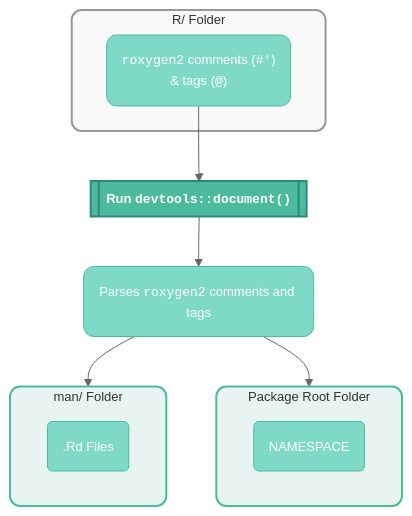
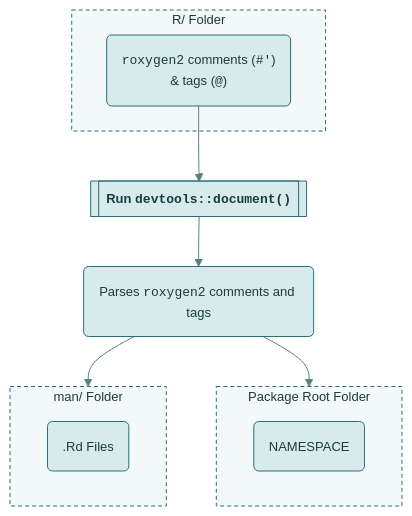
One commit to mjfrigaard/shiny-app-pkgs changed the first of 5 diagrams in document.qmd. Above: the diagram before and after it, drawn with Mermaid. The commit also changed other lines of this file and 22 other files, not shown here.

First line of the commit message:
Standardize mermaid diagrams on the site teal palette

````diff
--- a/document.qmd
+++ b/document.qmd
@@ -430,31 +430,31 @@
 ```{mermaid}
 %%| fig-cap: '`roxygen2` creates the `NAMESPACE` and help files in the  `man/` folder'
 %%| fig-align: center
-%%{init: {'theme': 'neutral', 'themeVariables': { 'fontFamily': 'monospace', "fontSize":"13px"}}}%%
+%%{init: {'theme': 'base', 'themeVariables': { 'fontFamily': 'monospace', "fontSize":"13px", "primaryColor":"#D7EBEC", "primaryTextColor":"#1B3B3F", "primaryBorderColor":"#2A6F77", "lineColor":"#5A7F83", "edgeLabelBackground":"#FFFFFF", "clusterBkg":"#F3F8F8", "clusterBorder":"#2A6F77", "darkMode":false}}}%%
 flowchart TB
   subgraph Code["R/ Folder"]
    Roxy2("<code>roxygen2</code> comments (<code>#'</code>)<br> & tags (<code>@</code>)")
    end
   Roxy2 --> Doc[["<strong>Run <code>devtools::document()</code></strong>"]]
   Doc --> Parse("Parses <code>roxygen2</code> comments and tags")
    
    subgraph Man["man/ Folder"]
     Rd(".Rd Files")
    end
    
    subgraph Root["Package Root Folder"]
     NS("NAMESPACE")
    end
 
    Parse --> Man
    Parse --> Root
 
-  style Code fill:#f9f9f9,stroke:#999,stroke-width:2px,rx:10,ry:10
-  style Roxy2 fill:#7fd9c7,color:#fff,stroke:#4CBB9D,stroke-width:1px,rx:10,ry:10
-  style Doc fill:#4CBB9D,color:#fff,stroke:#2d8a7a,stroke-width:2px,rx:10,ry:10
-  style Parse fill:#7fd9c7,color:#fff,stroke:#4CBB9D,stroke-width:1px,rx:10,ry:10
-  style Man fill:#e8f4f1,stroke:#4CBB9D,stroke-width:2px,rx:10,ry:10
-  style Root fill:#e8f4f1,stroke:#4CBB9D,stroke-width:2px,rx:10,ry:10
-  style Rd fill:#7fd9c7,color:#fff,stroke:#4CBB9D,stroke-width:1px
-  style NS fill:#7fd9c7,color:#fff,stroke:#4CBB9D,stroke-width:1px
+    classDef term fill:#2A6F77,color:#FFFFFF,stroke:#1B4F55,stroke-width:1px
+    classDef step fill:#D7EBEC,color:#1B3B3F,stroke:#2A6F77,stroke-width:1px
+    classDef decision fill:#F4C26B,color:#3D2A00,stroke:#B7832B,stroke-width:1px
+    classDef io fill:#FFFFFF,color:#1B3B3F,stroke:#2A6F77,stroke-width:1px
+    class Roxy2,Doc,Parse,Rd,NS step
+    style Code fill:#F3F8F8,color:#1B3B3F,stroke:#2A6F77,stroke-width:1px,stroke-dasharray:4 3
+    style Man fill:#F3F8F8,color:#1B3B3F,stroke:#2A6F77,stroke-width:1px,stroke-dasharray:4 3
+    style Root fill:#F3F8F8,color:#1B3B3F,stroke:#2A6F77,stroke-width:1px,stroke-dasharray:4 3
 ```
````
